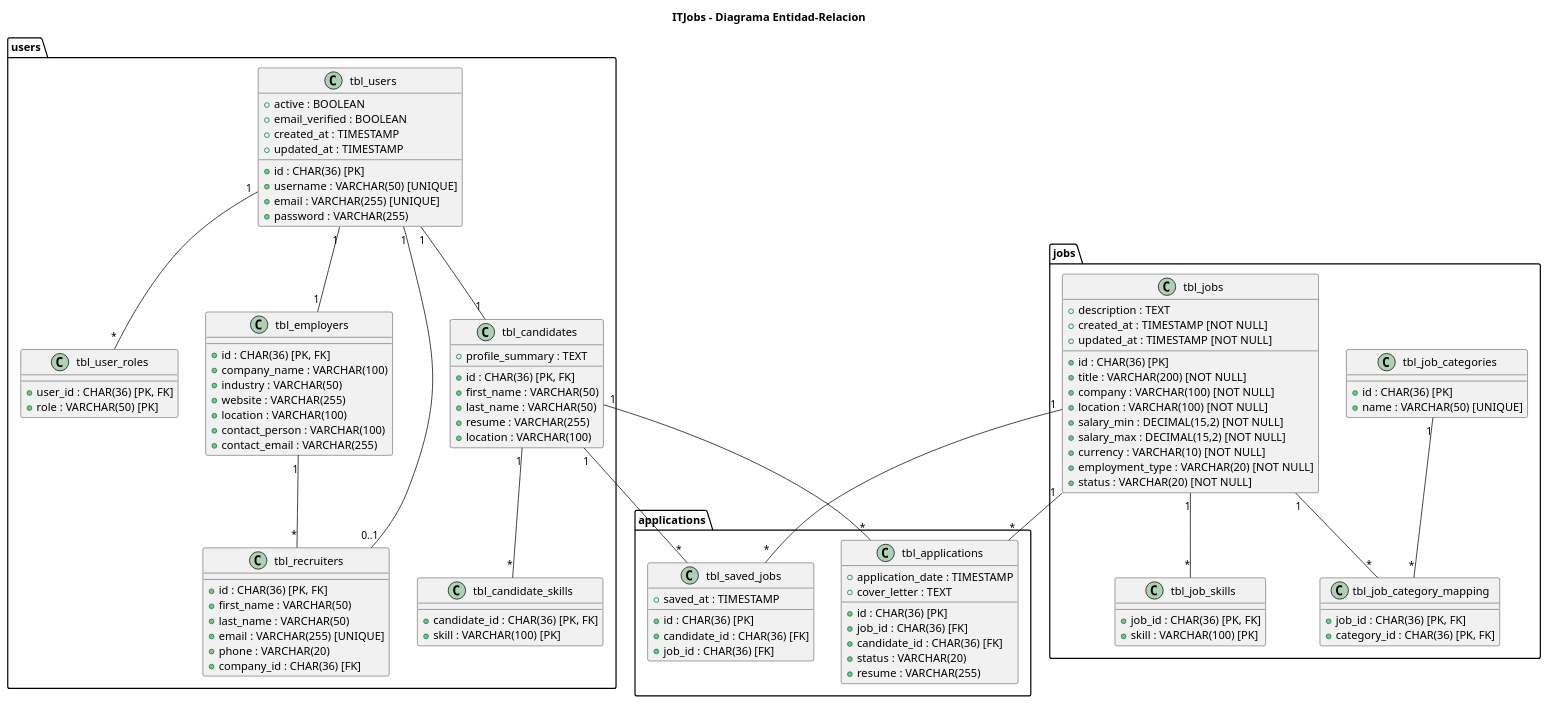
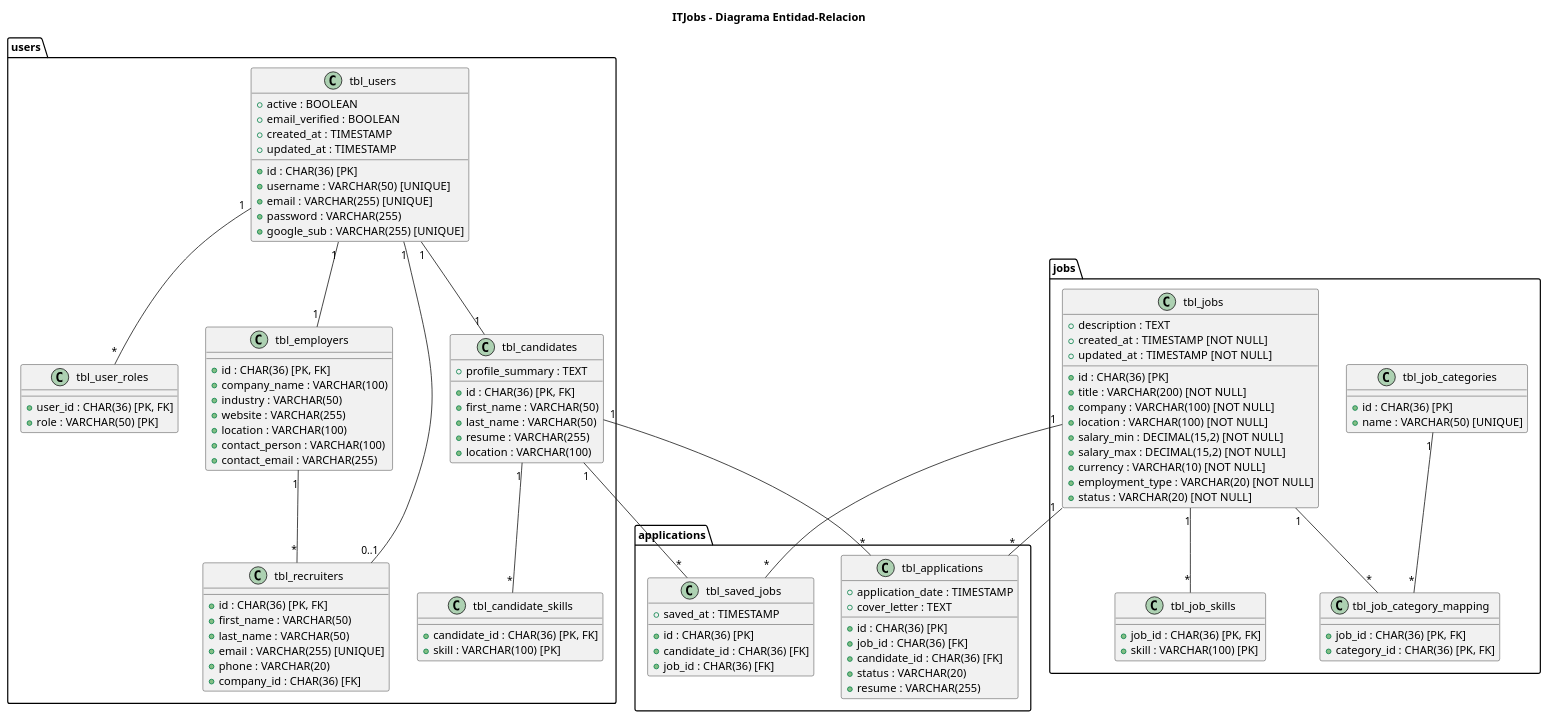
Before and after one commit to Leonardo-Robot-PostRock/RiseTogetherDemo: the diagram in itjobs-docs/diagrams/er-diagram.puml, drawn with PlantUML. The commit also changed 2 other files, not shown here.

Commit message:
docs(diagrams): update class diagram, ER diagram, and use cases

```diff
--- a/itjobs-docs/diagrams/er-diagram.puml
+++ b/itjobs-docs/diagrams/er-diagram.puml
@@ -1,128 +1,129 @@
 @startuml ITJobsERDiagram
 
 title ITJobs - Diagrama Entidad-Relacion
 
 package "users" as PKG_USERS {
 
     class tbl_users {
         + id : CHAR(36) [PK]
         + username : VARCHAR(50) [UNIQUE]
         + email : VARCHAR(255) [UNIQUE]
         + password : VARCHAR(255)
         + active : BOOLEAN
         + email_verified : BOOLEAN
+        + google_sub : VARCHAR(255) [UNIQUE]
         + created_at : TIMESTAMP
         + updated_at : TIMESTAMP
     }
 
     class tbl_user_roles {
         + user_id : CHAR(36) [PK, FK]
         + role : VARCHAR(50) [PK]
     }
 
     class tbl_employers {
         + id : CHAR(36) [PK, FK]
         + company_name : VARCHAR(100)
         + industry : VARCHAR(50)
         + website : VARCHAR(255)
         + location : VARCHAR(100)
         + contact_person : VARCHAR(100)
         + contact_email : VARCHAR(255)
     }
 
     class tbl_candidates {
         + id : CHAR(36) [PK, FK]
         + first_name : VARCHAR(50)
         + last_name : VARCHAR(50)
         + resume : VARCHAR(255)
         + profile_summary : TEXT
         + location : VARCHAR(100)
     }
 
     class tbl_candidate_skills {
         + candidate_id : CHAR(36) [PK, FK]
         + skill : VARCHAR(100) [PK]
     }
 
     class tbl_recruiters {
         + id : CHAR(36) [PK, FK]
         + first_name : VARCHAR(50)
         + last_name : VARCHAR(50)
         + email : VARCHAR(255) [UNIQUE]
         + phone : VARCHAR(20)
         + company_id : CHAR(36) [FK]
     }
 }
 
 package "jobs" as PKG_JOBS {
 
     class tbl_jobs {
         + id : CHAR(36) [PK]
         + title : VARCHAR(200) [NOT NULL]
         + description : TEXT
         + company : VARCHAR(100) [NOT NULL]
         + location : VARCHAR(100) [NOT NULL]
         + salary_min : DECIMAL(15,2) [NOT NULL]
         + salary_max : DECIMAL(15,2) [NOT NULL]
         + currency : VARCHAR(10) [NOT NULL]
         + employment_type : VARCHAR(20) [NOT NULL]
         + status : VARCHAR(20) [NOT NULL]
         + created_at : TIMESTAMP [NOT NULL]
         + updated_at : TIMESTAMP [NOT NULL]
     }
 
     class tbl_job_skills {
         + job_id : CHAR(36) [PK, FK]
         + skill : VARCHAR(100) [PK]
     }
 
     class tbl_job_categories {
         + id : CHAR(36) [PK]
         + name : VARCHAR(50) [UNIQUE]
     }
 
     class tbl_job_category_mapping {
         + job_id : CHAR(36) [PK, FK]
         + category_id : CHAR(36) [PK, FK]
     }
 }
 
 package "applications" as PKG_APPS {
 
     class tbl_applications {
         + id : CHAR(36) [PK]
         + job_id : CHAR(36) [FK]
         + candidate_id : CHAR(36) [FK]
         + application_date : TIMESTAMP
         + status : VARCHAR(20)
         + resume : VARCHAR(255)
         + cover_letter : TEXT
     }
 
     class tbl_saved_jobs {
         + id : CHAR(36) [PK]
         + candidate_id : CHAR(36) [FK]
         + job_id : CHAR(36) [FK]
         + saved_at : TIMESTAMP
     }
 }
 
 tbl_users "1" -- "1" tbl_employers
 tbl_users "1" -- "1" tbl_candidates
 tbl_users "1" -- "0..1" tbl_recruiters
 tbl_users "1" -- "*" tbl_user_roles
 
 tbl_employers "1" -- "*" tbl_recruiters
 
 tbl_candidates "1" -- "*" tbl_candidate_skills
 tbl_candidates "1" -- "*" tbl_applications
 tbl_candidates "1" -- "*" tbl_saved_jobs
 
 tbl_jobs "1" -- "*" tbl_job_skills
 tbl_jobs "1" -- "*" tbl_applications
 tbl_jobs "1" -- "*" tbl_saved_jobs
 tbl_jobs "1" -- "*" tbl_job_category_mapping
 
 tbl_job_categories "1" -- "*" tbl_job_category_mapping
 
 @enduml
```
